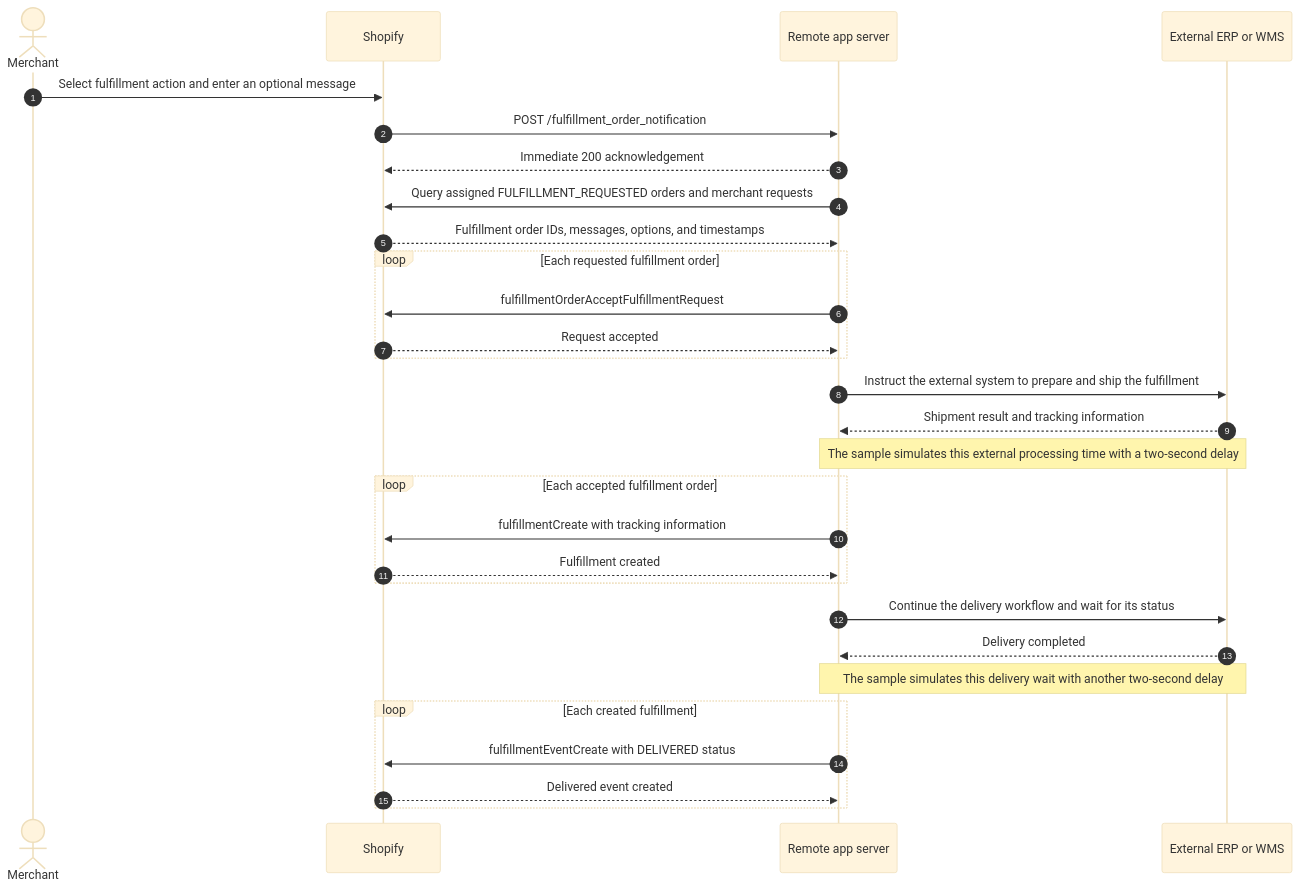
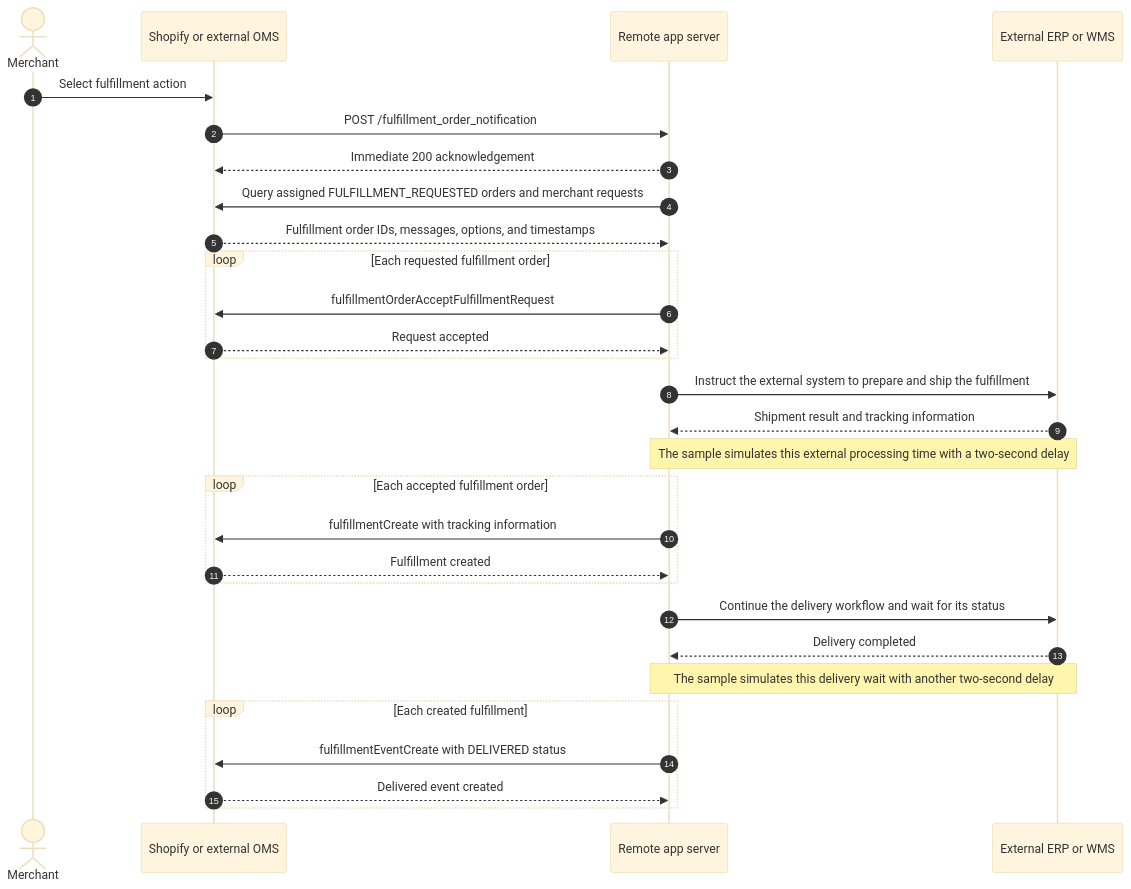
The fourth of 4 diagrams in docs/13-ordermanage.md (benzookapi/shopify-barebone-app-sample), drawn with Mermaid (base theme) before and after one commit. The commit also changed other lines of this file, not shown here.

Commit message:
Clarify OMS fulfillment workflows

````diff
--- a/docs/13-ordermanage.md
+++ b/docs/13-ordermanage.md
@@ -114,32 +116,32 @@
 ```mermaid
 sequenceDiagram
     autonumber
     actor Merchant
-    participant Shopify as Shopify
+    participant OMS as Shopify or external OMS
     participant App as Remote app server
     participant ERP as External ERP or WMS
 
-    Merchant->>Shopify: Select fulfillment action and enter an optional message
-    Shopify->>App: POST /fulfillment_order_notification
-    App-->>Shopify: Immediate 200 acknowledgement
-    App->>Shopify: Query assigned FULFILLMENT_REQUESTED orders and merchant requests
-    Shopify-->>App: Fulfillment order IDs, messages, options, and timestamps
+    Merchant->>OMS: Select fulfillment action
+    OMS->>App: POST /fulfillment_order_notification
+    App-->>OMS: Immediate 200 acknowledgement
+    App->>OMS: Query assigned FULFILLMENT_REQUESTED orders and merchant requests
+    OMS-->>App: Fulfillment order IDs, messages, options, and timestamps
     loop Each requested fulfillment order
-        App->>Shopify: fulfillmentOrderAcceptFulfillmentRequest
-        Shopify-->>App: Request accepted
+        App->>OMS: fulfillmentOrderAcceptFulfillmentRequest
+        OMS-->>App: Request accepted
     end
     App->>ERP: Instruct the external system to prepare and ship the fulfillment
     ERP-->>App: Shipment result and tracking information
     Note over App,ERP: The sample simulates this external processing time with a two-second delay
     loop Each accepted fulfillment order
-        App->>Shopify: fulfillmentCreate with tracking information
-        Shopify-->>App: Fulfillment created
+        App->>OMS: fulfillmentCreate with tracking information
+        OMS-->>App: Fulfillment created
     end
     App->>ERP: Continue the delivery workflow and wait for its status
     ERP-->>App: Delivery completed
     Note over App,ERP: The sample simulates this delivery wait with another two-second delay
     loop Each created fulfillment
-        App->>Shopify: fulfillmentEventCreate with DELIVERED status
-        Shopify-->>App: Delivered event created
+        App->>OMS: fulfillmentEventCreate with DELIVERED status
+        OMS-->>App: Delivered event created
     end
 ```
````
